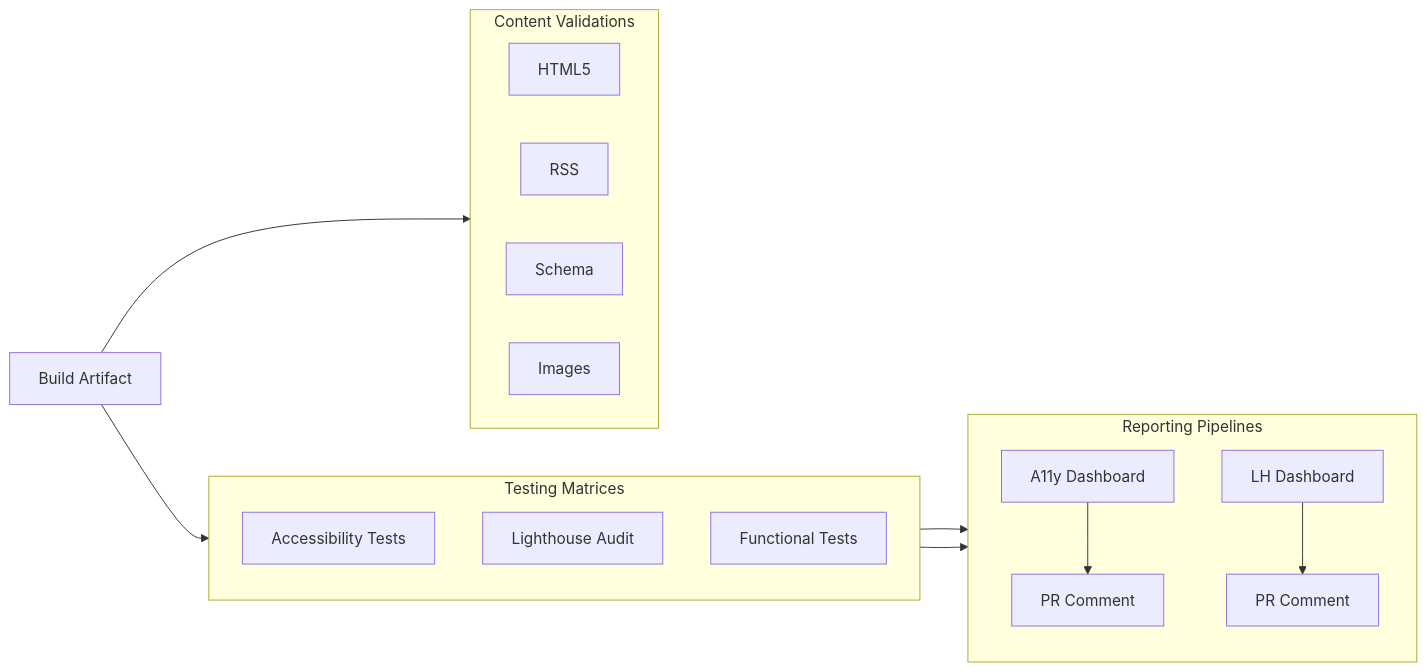
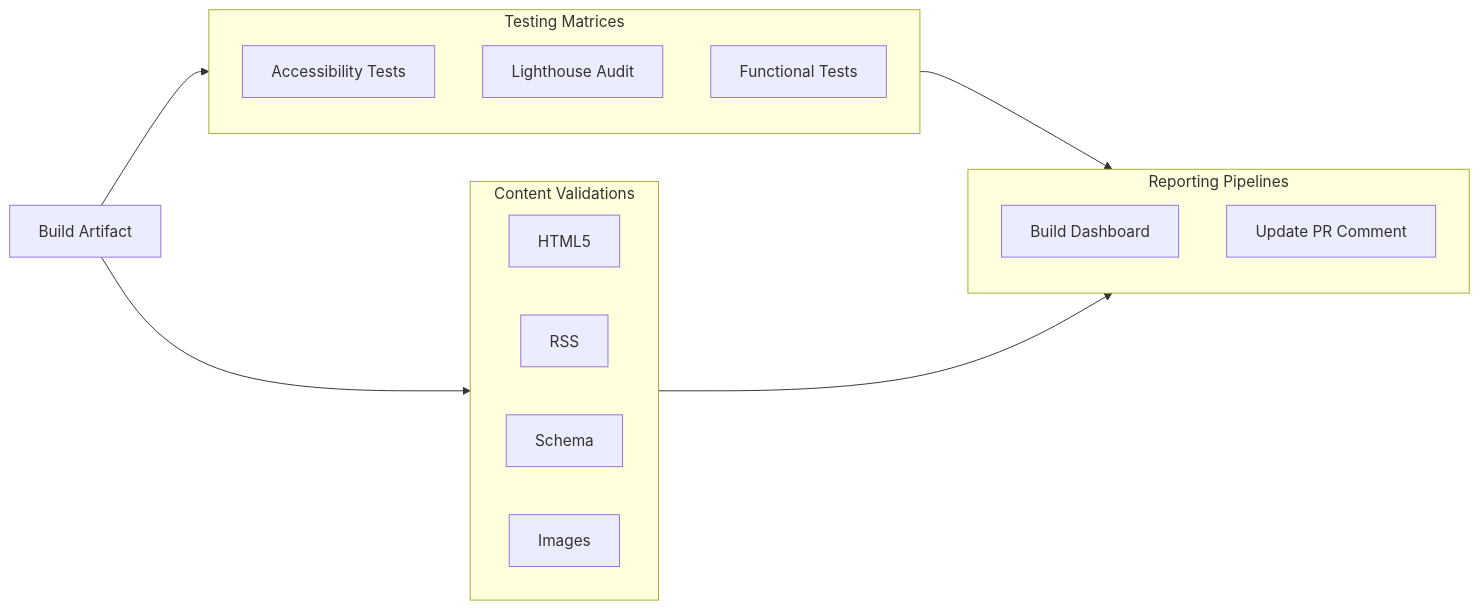
One commit to jmrplens/jmrp.io changed the third of 3 diagrams in README.md. Above: the diagram before and after it, drawn with Mermaid. The commit also changed other lines of this file and 161 other files, not shown here.

````diff
--- a/README.md
+++ b/README.md
@@ -167,29 +217,29 @@
 ```mermaid
 graph LR
     Build[Build Artifact] --> TM
     Build --> CV
 
     subgraph TM [Testing Matrices]
         direction TB
         A11y[Accessibility Tests]
         LH[Lighthouse Audit]
         Func[Functional Tests]
     end
 
     subgraph CV [Content Validations]
         direction LR
         HTML[HTML5]
         RSS
         Schema
         Img[Images]
     end
 
     subgraph Rep [Reporting Pipelines]
         direction TB
-        A11yAgg[A11y Dashboard] --> A11yCom[PR Comment]
-        LHAgg[LH Dashboard] --> LHCom[PR Comment]
+        DashboardGen[Build Dashboard]
+        CommentUpd[Update PR Comment]
     end
 
-    A11y --> A11yAgg
-    LH --> LHAgg
+    TM --> Rep
+    CV --> Rep
 ```
````
